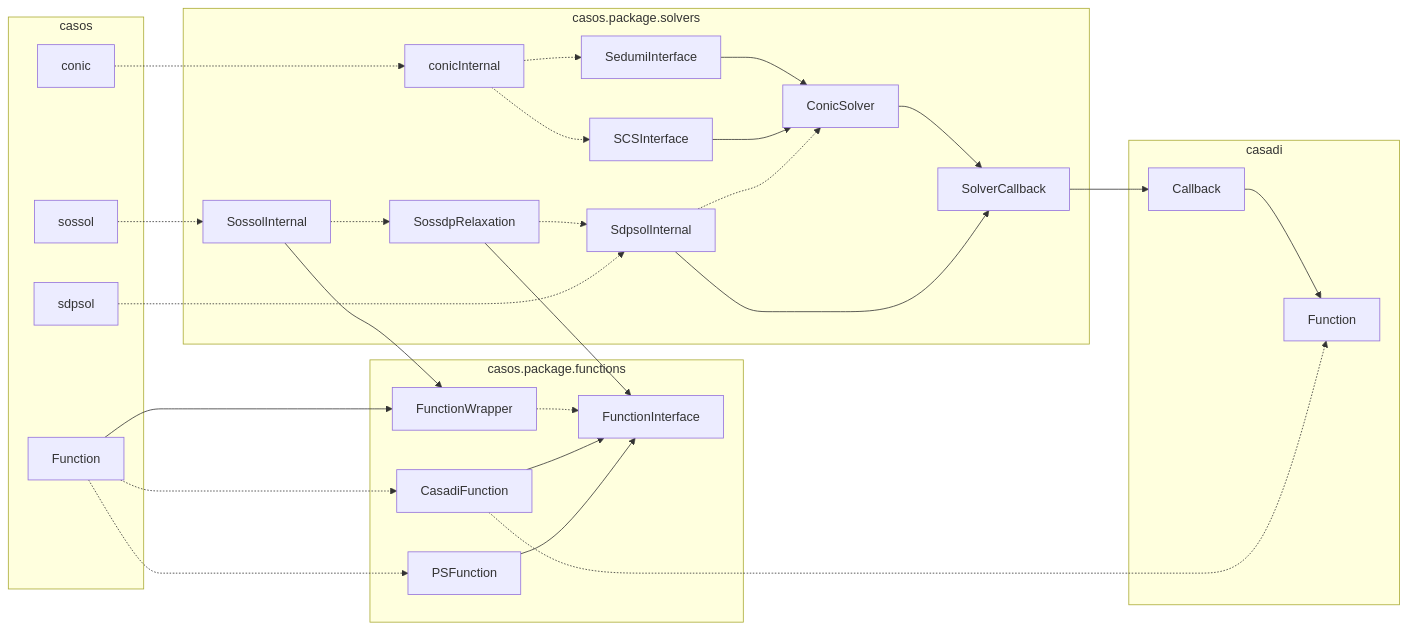
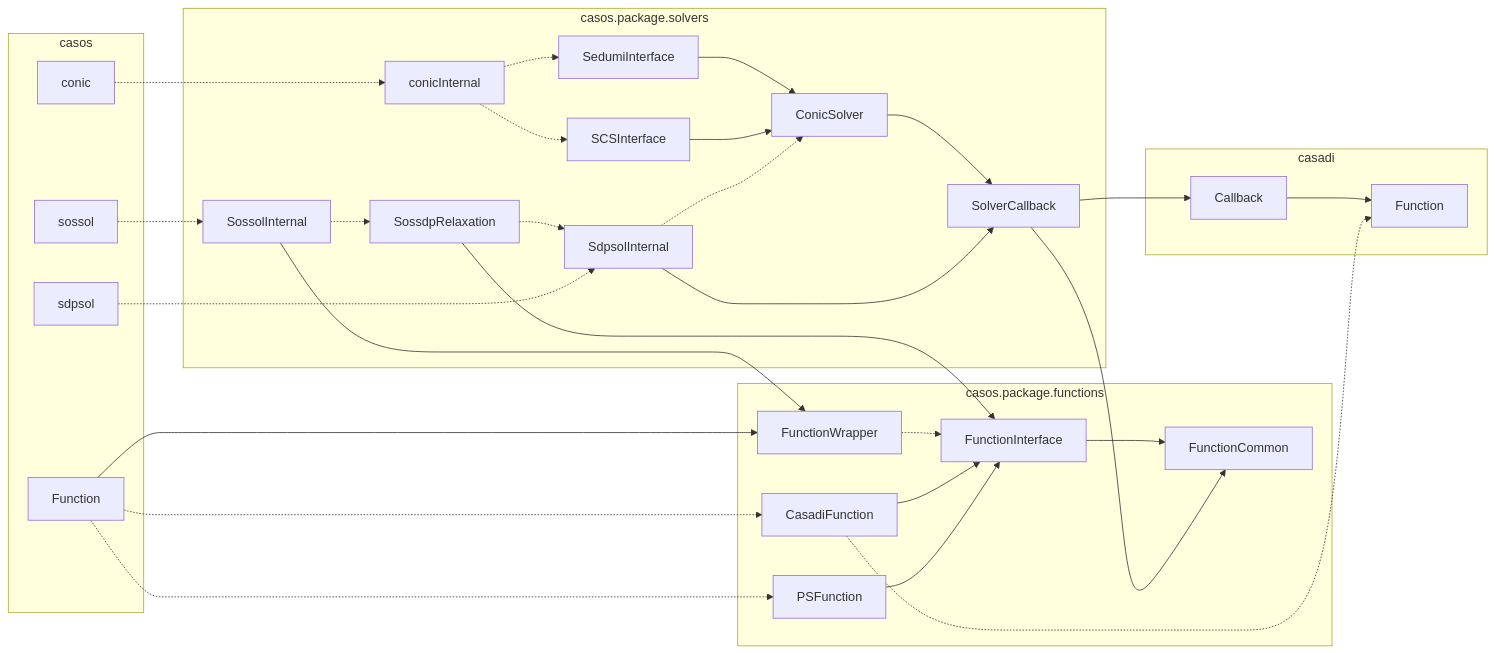
Before and after one commit to iFR-ACSO/casos: the diagram in +casos/+package/README.md, drawn with Mermaid. The commit also changed 14 other files, not shown here.

````diff
--- a/+casos/+package/README.md
+++ b/+casos/+package/README.md
@@ -3,38 +3,40 @@
 ```mermaid
 flowchart LR
   subgraph casadi
     casadi.Callback[Callback] --> casadi.Function[Function]
   end
   subgraph casos
     casos.Function[Function]
     casos.conic[conic]
     casos.sdpsol[sdpsol]
     casos.sossol[sossol]
   end
   subgraph casos.package.functions
+    FunctionInterface --> FunctionCommon
     FunctionWrapper -.-> FunctionInterface
     CasadiFunction --> FunctionInterface
     PSFunction --> FunctionInterface
   end
   subgraph casos.package.solvers
     ConicSolver --> SolverCallback
     SedumiInterface --> ConicSolver
     SCSInterface --> ConicSolver
     SdpsolInternal --> SolverCallback
     SdpsolInternal -.-> ConicSolver
     conicInternal -.-> SedumiInterface
     conicInternal -.-> SCSInterface
     SossolInternal --> FunctionWrapper
     SossolInternal -.-> SossdpRelaxation
     SossdpRelaxation --> FunctionInterface
     SossdpRelaxation -.-> SdpsolInternal
   end
   casos.Function --> FunctionWrapper
   casos.Function -.-> CasadiFunction
   casos.Function -.-> PSFunction
   CasadiFunction -.-> casadi.Function
   SolverCallback --> casadi.Callback
+  SolverCallback --> FunctionCommon
   casos.conic -.-> conicInternal
   casos.sdpsol -.-> SdpsolInternal
   casos.sossol -.-> SossolInternal
 ```
````
